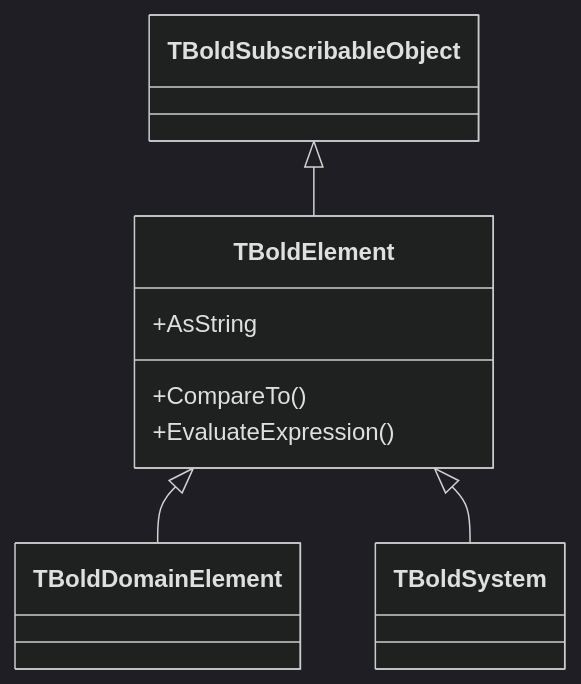
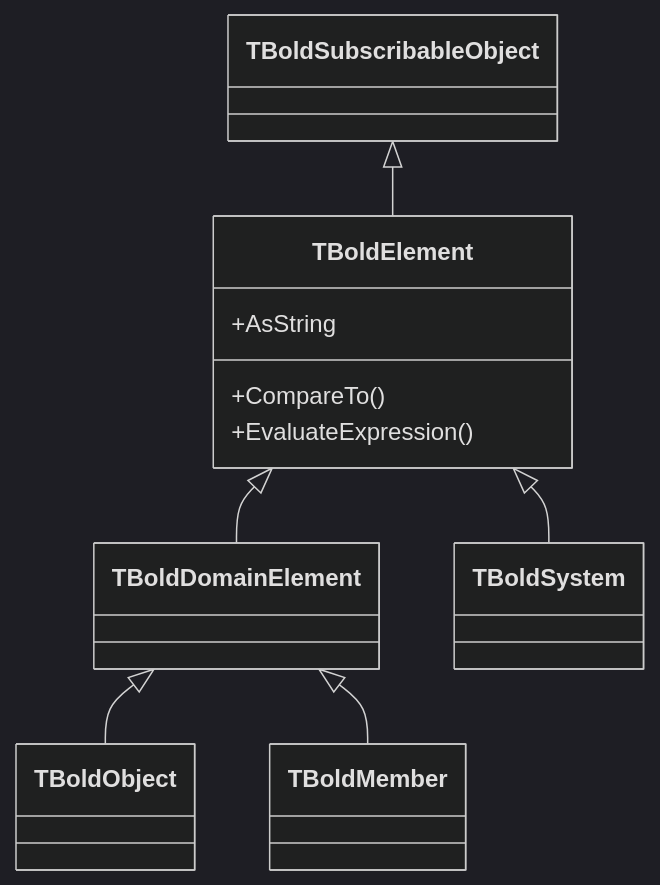
One commit to bero/BoldForDelphi changed the diagram in docs/classes/TBoldElement.md. Above: the diagram before and after it, drawn with Mermaid (dark theme). The commit also changed 122 other files, not shown here.

````diff
--- a/docs/classes/TBoldElement.md
+++ b/docs/classes/TBoldElement.md
@@ -35,12 +35,16 @@
 ```mermaid
 classDiagram
     TBoldSubscribableObject <|-- TBoldElement
     TBoldElement <|-- TBoldDomainElement
     TBoldElement <|-- TBoldSystem
+    TBoldDomainElement <|-- TBoldObject
+    TBoldDomainElement <|-- TBoldMember
 
     TBoldElement : +AsString
     TBoldElement : +CompareTo()
     TBoldElement : +EvaluateExpression()
 
-    click TBoldSystem href "TBoldSystem.md" "TBoldSystem documentation"
+    click TBoldSystem href "../TBoldSystem/" "TBoldSystem documentation"
+    click TBoldObject href "../TBoldObject/" "TBoldObject documentation"
+    click TBoldMember href "../TBoldMember/" "TBoldMember documentation"
 ```
````
